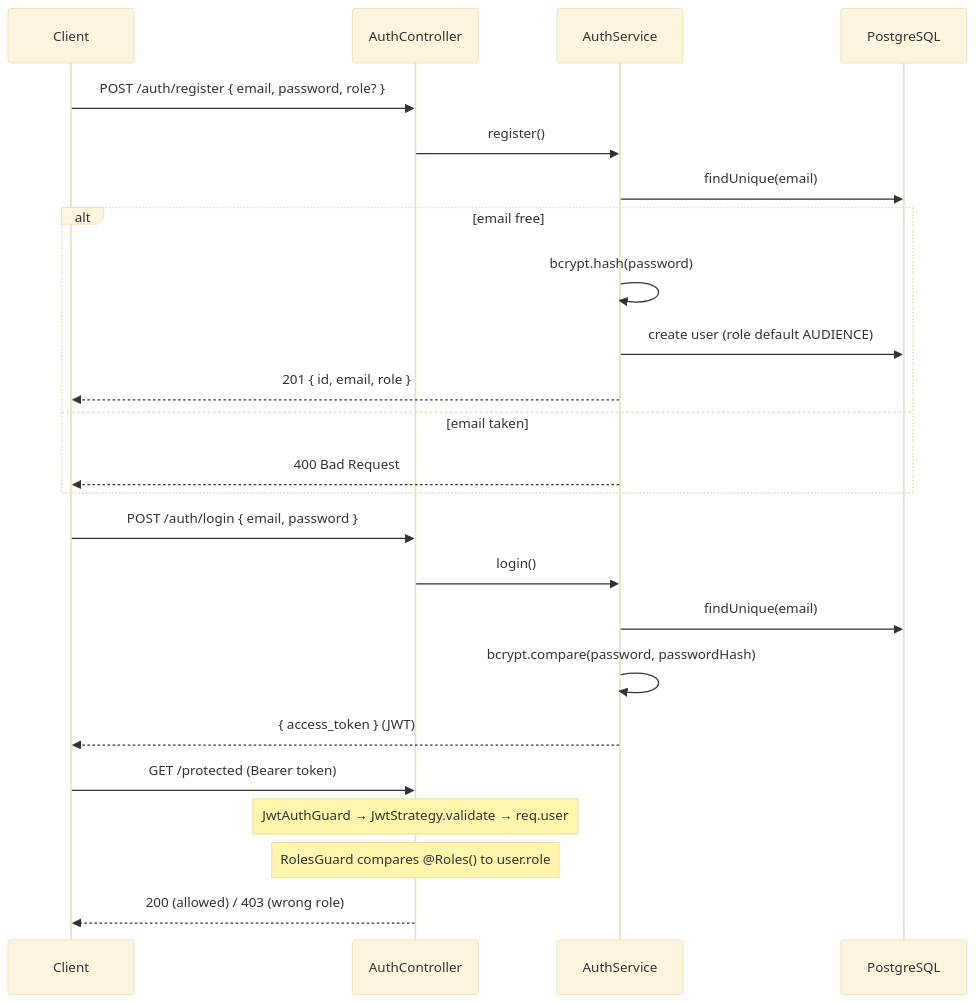
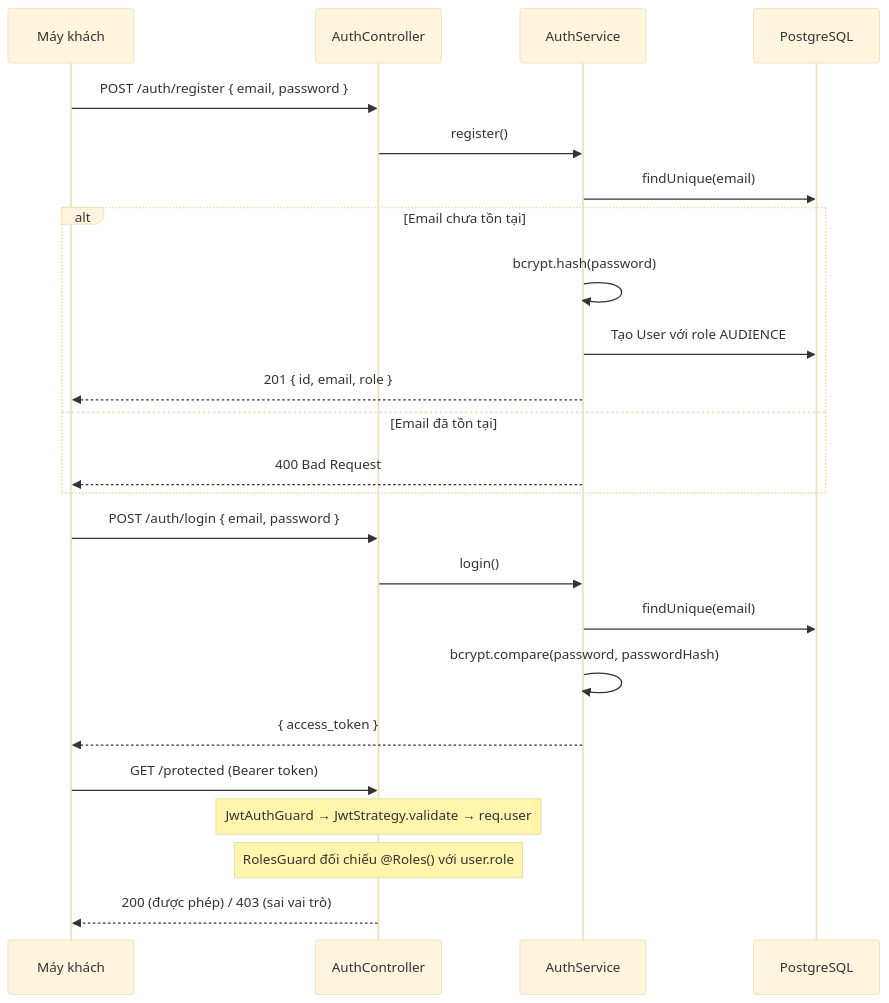
One commit to d1nhnguyen/ticketbox changed the diagram in blueprint/specs/auth.md. Above: the diagram before and after it, drawn with Mermaid (base theme). The commit also changed other lines of this file and 9 other files, not shown here.

````diff
--- a/blueprint/specs/auth.md
+++ b/blueprint/specs/auth.md
@@ -15,26 +11,26 @@
 ```mermaid
 sequenceDiagram
-  participant C as Client
+  participant C as Máy khách
   participant API as AuthController
   participant S as AuthService
   participant DB as PostgreSQL
-  C->>API: POST /auth/register { email, password, role? }
+  C->>API: POST /auth/register { email, password }
   API->>S: register()
   S->>DB: findUnique(email)
-  alt email free
+  alt Email chưa tồn tại
     S->>S: bcrypt.hash(password)
-    S->>DB: create user (role default AUDIENCE)
+    S->>DB: Tạo User với role AUDIENCE
     S-->>C: 201 { id, email, role }
-  else email taken
+  else Email đã tồn tại
     S-->>C: 400 Bad Request
   end
   C->>API: POST /auth/login { email, password }
   API->>S: login()
   S->>DB: findUnique(email)
   S->>S: bcrypt.compare(password, passwordHash)
-  S-->>C: { access_token } (JWT)
+  S-->>C: { access_token }
   C->>API: GET /protected (Bearer token)
   Note over API: JwtAuthGuard → JwtStrategy.validate → req.user
-  Note over API: RolesGuard compares @Roles() to user.role
-  API-->>C: 200 (allowed) / 403 (wrong role)
+  Note over API: RolesGuard đối chiếu @Roles() với user.role
+  API-->>C: 200 (được phép) / 403 (sai vai trò)
 ```
````
